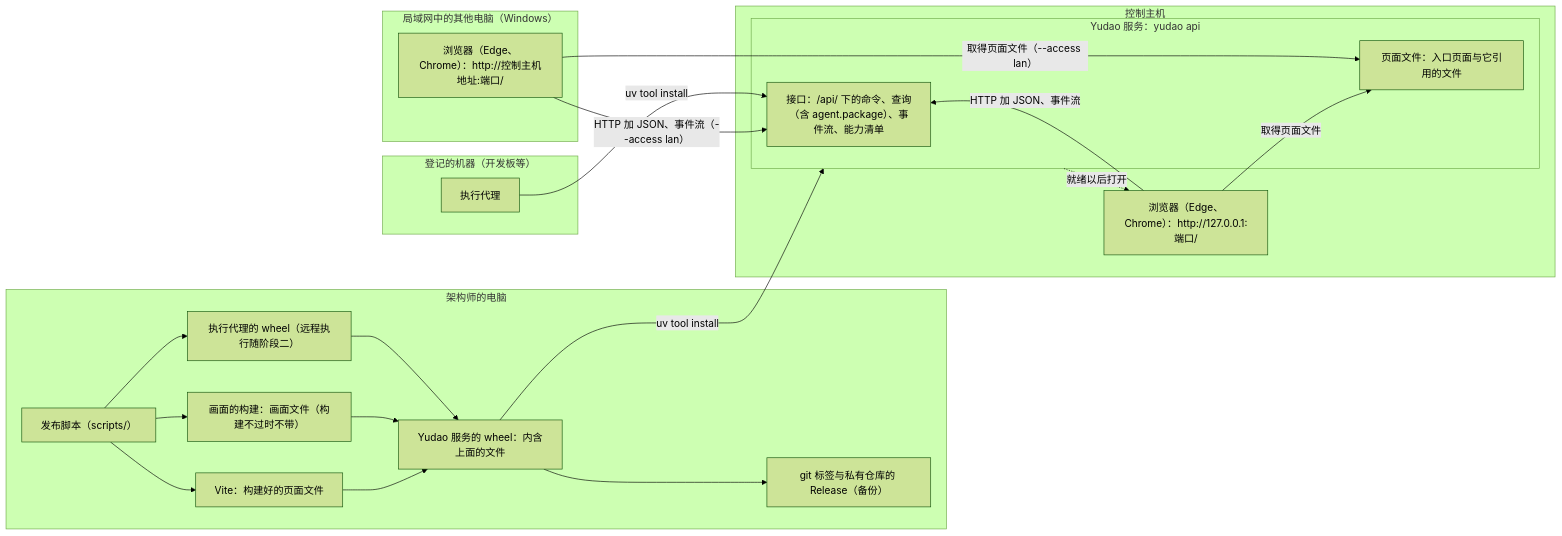
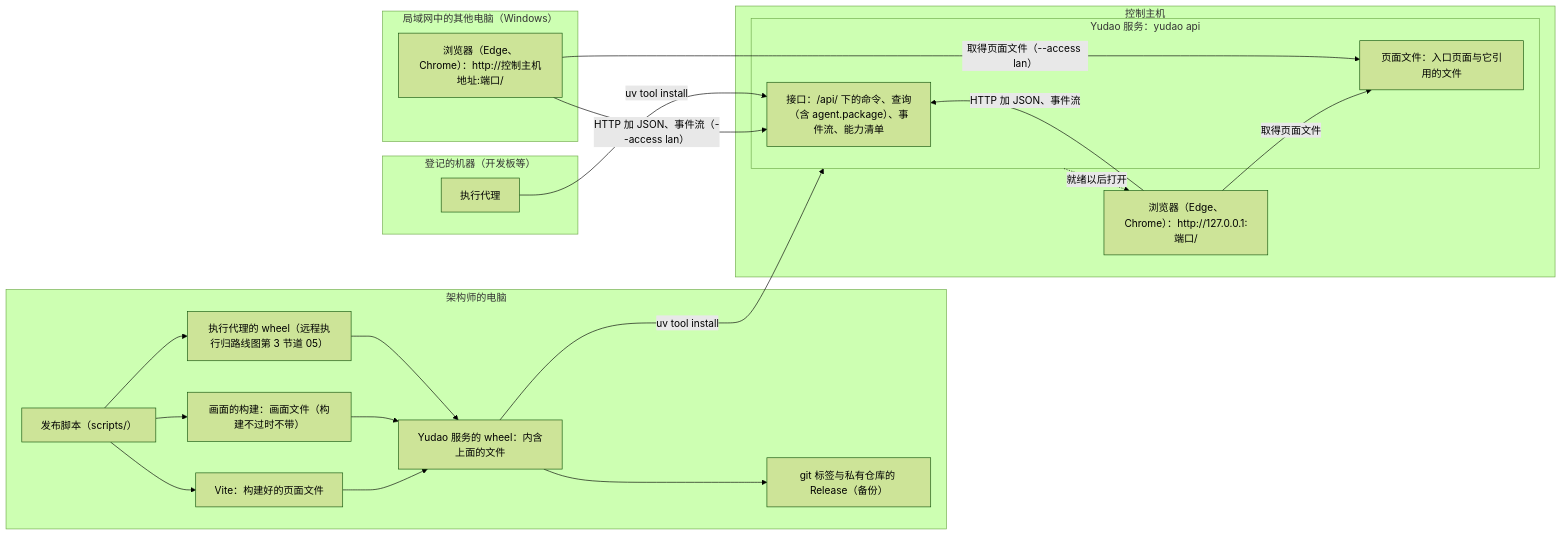
Before and after one commit to bender2333/yudao: the diagram in docs/design/web-interface-and-release.md, drawn with Mermaid (forest theme). The commit also changed other lines of this file and 133 other files, not shown here.

First line of the commit message:
路线图以循环为主线分解成五个阶段，规则、需求记录、设计说明与技能里的阶段说法一起改

````diff
--- a/docs/design/web-interface-and-release.md
+++ b/docs/design/web-interface-and-release.md
@@ -26,35 +26,35 @@
 ```mermaid
 flowchart LR
   subgraph Arch["架构师的电脑"]
     Rel["发布脚本（scripts/）"]
     Pages["Vite：构建好的页面文件"]
     View["画面的构建：画面文件（构建不过时不带）"]
-    AgentW["执行代理的 wheel（远程执行随阶段二）"]
+    AgentW["执行代理的 wheel（远程执行归路线图第 3 节道 05）"]
     Wheel["Yudao 服务的 wheel：内含上面的文件"]
     Tag["git 标签与私有仓库的 Release（备份）"]
     Rel --> Pages --> Wheel
     Rel --> View --> Wheel
     Rel --> AgentW --> Wheel
     Wheel --> Tag
   end
   subgraph Host["控制主机"]
     subgraph Svc["Yudao 服务：yudao api"]
       Api["接口：/api/ 下的命令、查询（含 agent.package）、事件流、能力清单"]
       Files["页面文件：入口页面与它引用的文件"]
     end
     LocalB["浏览器（Edge、Chrome）：http://127.0.0.1:端口/"]
   end
   subgraph Desk["局域网中的其他电脑（Windows）"]
     LanB["浏览器（Edge、Chrome）：http://控制主机地址:端口/"]
   end
   subgraph Board["登记的机器（开发板等）"]
     Agent["执行代理"]
   end
   Wheel -->|"uv tool install"| Svc
   Svc -.->|"就绪以后打开"| LocalB
   LocalB -->|"取得页面文件"| Files
   LocalB -->|"HTTP 加 JSON、事件流"| Api
   LanB -->|"取得页面文件（--access lan）"| Files
   LanB -->|"HTTP 加 JSON、事件流（--access lan）"| Api
   Agent -->|"uv tool install"| Api
 ```
````
